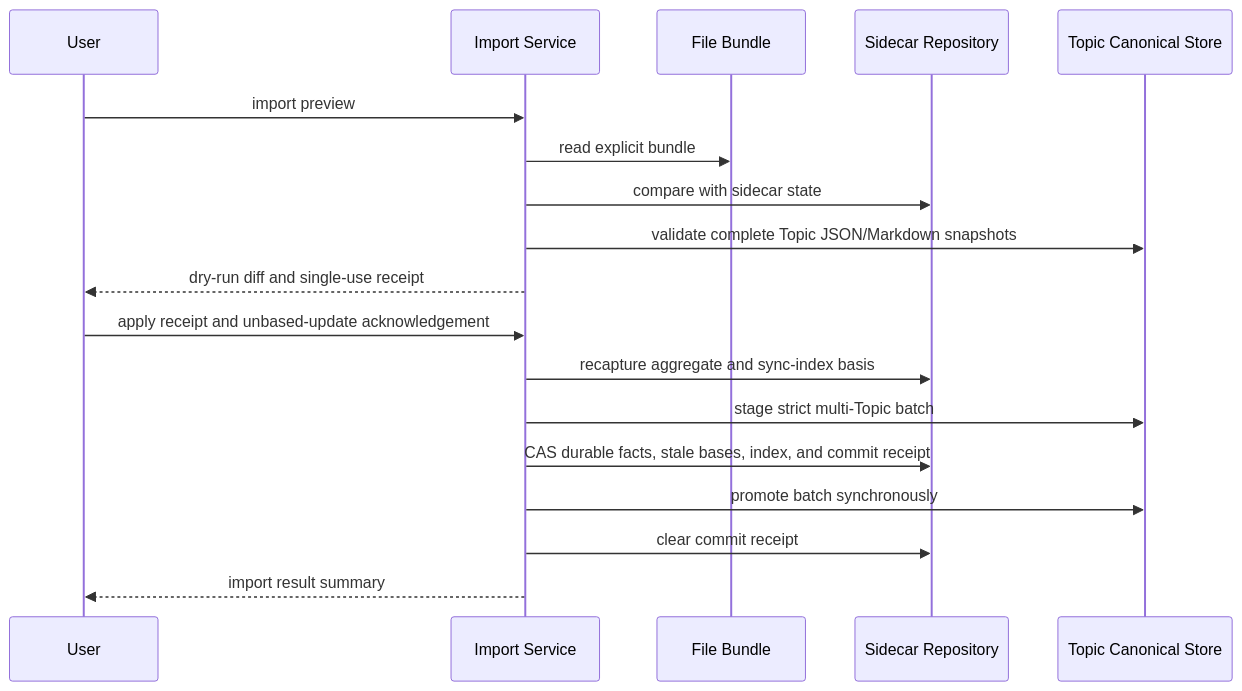
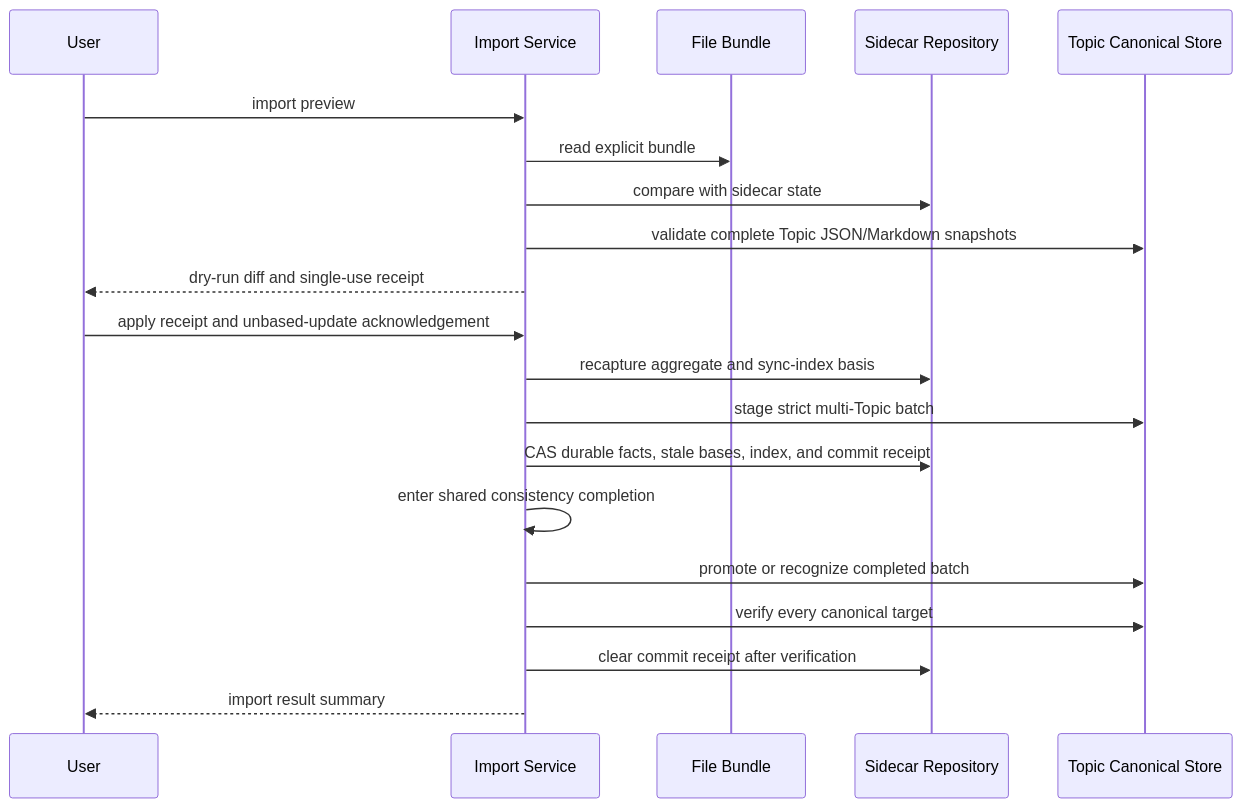
Diagram 11 of 11 in doc/synthesis-layer/sequences.md (leike0813/zotero-agents), drawn with Mermaid before and after one commit. The commit also changed other lines of this file and 19 other files, not shown here.

````diff
--- a/doc/synthesis-layer/sequences.md
+++ b/doc/synthesis-layer/sequences.md
@@ -342,21 +342,23 @@
 ```mermaid
 sequenceDiagram
   participant U as User
   participant I as Import Service
   participant B as File Bundle
   participant S as Sidecar Repository
   participant C as Topic Canonical Store
 
   U->>I: import preview
   I->>B: read explicit bundle
   I->>S: compare with sidecar state
   I->>C: validate complete Topic JSON/Markdown snapshots
   I-->>U: dry-run diff and single-use receipt
   U->>I: apply receipt and unbased-update acknowledgement
   I->>S: recapture aggregate and sync-index basis
   I->>C: stage strict multi-Topic batch
   I->>S: CAS durable facts, stale bases, index, and commit receipt
-  I->>C: promote batch synchronously
-  I->>S: clear commit receipt
+  I->>I: enter shared consistency completion
+  I->>C: promote or recognize completed batch
+  I->>C: verify every canonical target
+  I->>S: clear commit receipt after verification
   I-->>U: import result summary
 ```
````
